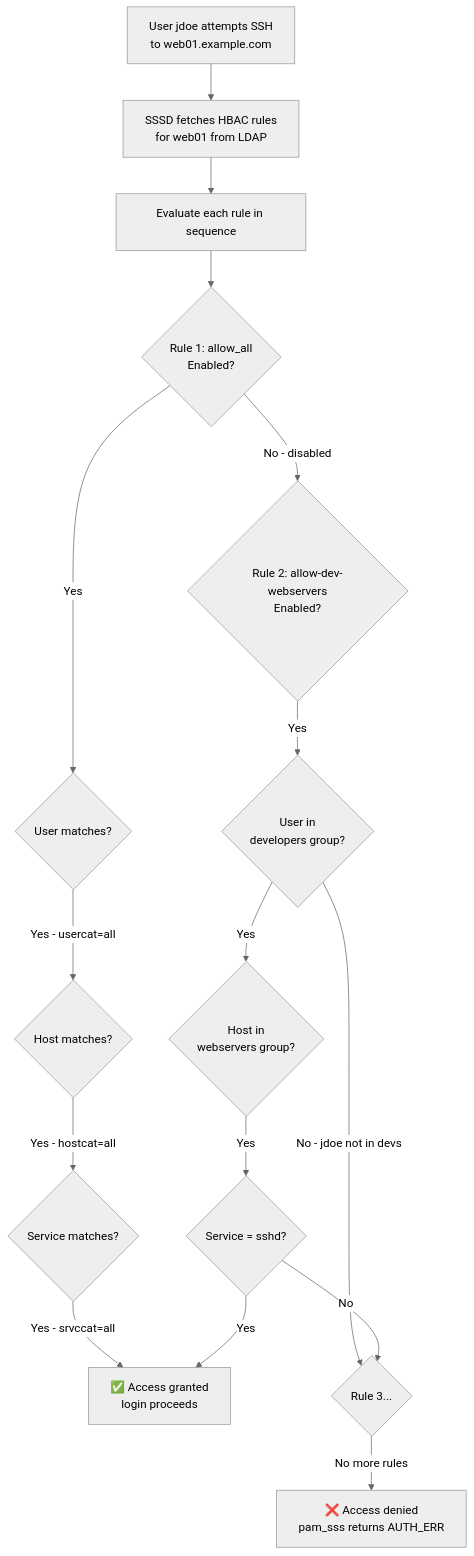
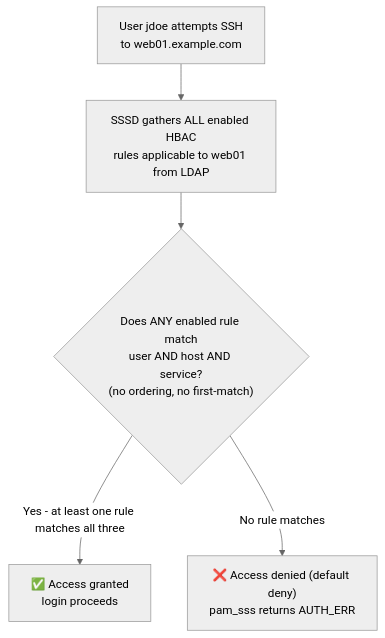
Before and after one commit to UncleJS/course_FreeIPA: the second of 4 diagrams in 07_sudo_hbac.md, drawn with Mermaid (neutral theme). The commit also changed other lines of this file and 24 other files, not shown here.

````diff
--- a/07_sudo_hbac.md
+++ b/07_sudo_hbac.md
@@ -168,18 +168,7 @@
 ```mermaid
 flowchart TD
-    A[User jdoe attempts SSH\nto web01.example.com] --> B[SSSD fetches HBAC rules\nfor web01 from LDAP]
-    B --> C[Evaluate each rule in sequence]
-    C --> D{Rule 1: allow_all\nEnabled?}
-    D -->|Yes| E{User matches?}
-    E -->|Yes - usercat=all| F{Host matches?}
-    F -->|Yes - hostcat=all| G{Service matches?}
-    G -->|Yes - srvccat=all| ALLOW[✅ Access granted\nlogin proceeds]
-    D -->|No - disabled| H{Rule 2: allow-dev-webservers\nEnabled?}
-    H -->|Yes| I{User in\ndevelopers group?}
-    I -->|No - jdoe not in devs| J{Rule 3...}
-    I -->|Yes| K{Host in\nwebservers group?}
-    K -->|Yes| L{Service = sshd?}
-    L -->|Yes| ALLOW
-    L -->|No| J
-    J -->|No more rules| DENY[❌ Access denied\npam_sss returns AUTH_ERR]
+    A["User jdoe attempts SSH<br/>to web01.example.com"] --> B["SSSD gathers ALL enabled HBAC<br/>rules applicable to web01 from LDAP"]
+    B --> C{"Does ANY enabled rule match<br/>user AND host AND service?<br/>(no ordering, no first-match)"}
+    C -->|Yes - at least one rule matches all three| ALLOW["✅ Access granted<br/>login proceeds"]
+    C -->|No rule matches| DENY["❌ Access denied (default deny)<br/>pam_sss returns AUTH_ERR"]
 ```
````
